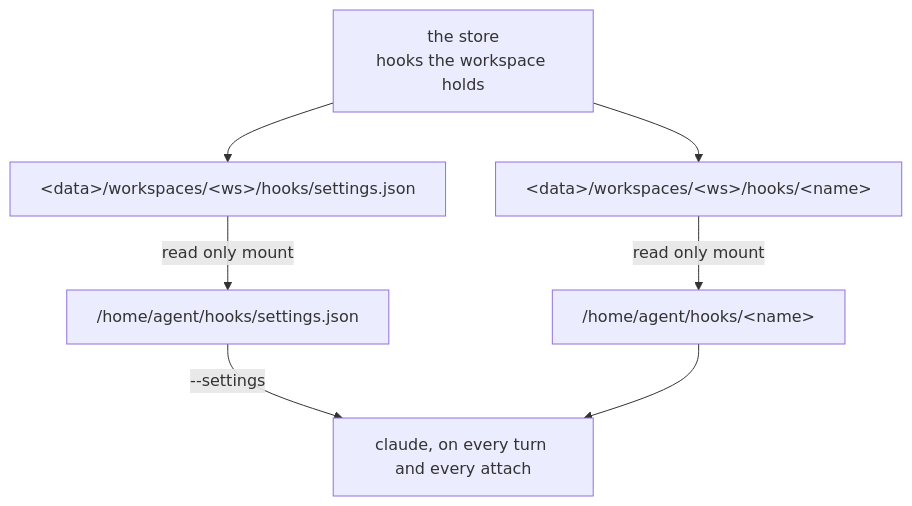
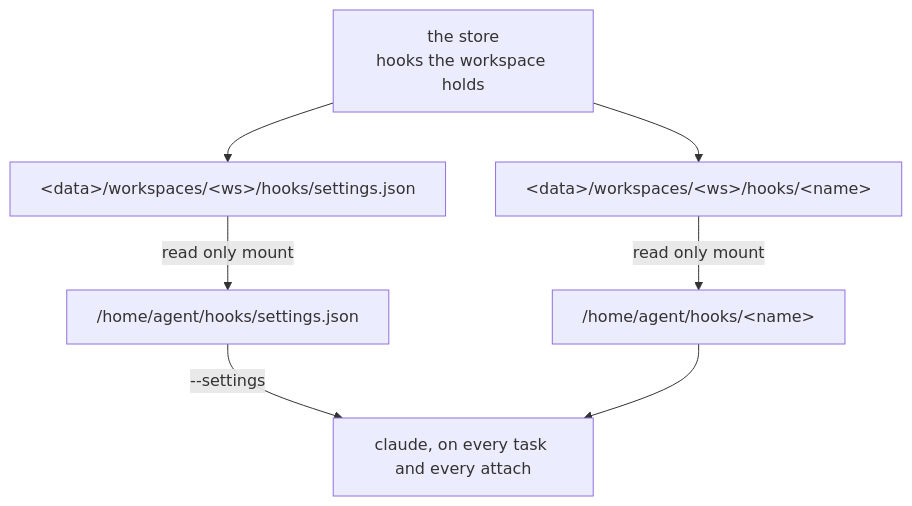
Before and after one commit to atlantic-blue/quay-crew: the second of 2 diagrams in docs/HOOKS.md, drawn with Mermaid. The commit also changed other lines of this file and 170 other files, not shown here.

Commit message:
refactor: rename thread to session, turn to task

````diff
--- a/docs/HOOKS.md
+++ b/docs/HOOKS.md
@@ -134,9 +134,9 @@
 ```mermaid
 flowchart TD
     A["the store<br/>hooks the workspace holds"] --> B["&lt;data&gt;/workspaces/&lt;ws&gt;/hooks/&lt;name&gt;"]
     A --> C["&lt;data&gt;/workspaces/&lt;ws&gt;/hooks/settings.json"]
     B -->|"read only mount"| D["/home/agent/hooks/&lt;name&gt;"]
     C -->|"read only mount"| E["/home/agent/hooks/settings.json"]
-    E -->|"--settings"| F["claude, on every turn and every attach"]
+    E -->|"--settings"| F["claude, on every task and every attach"]
     D --> F
 ```
````
